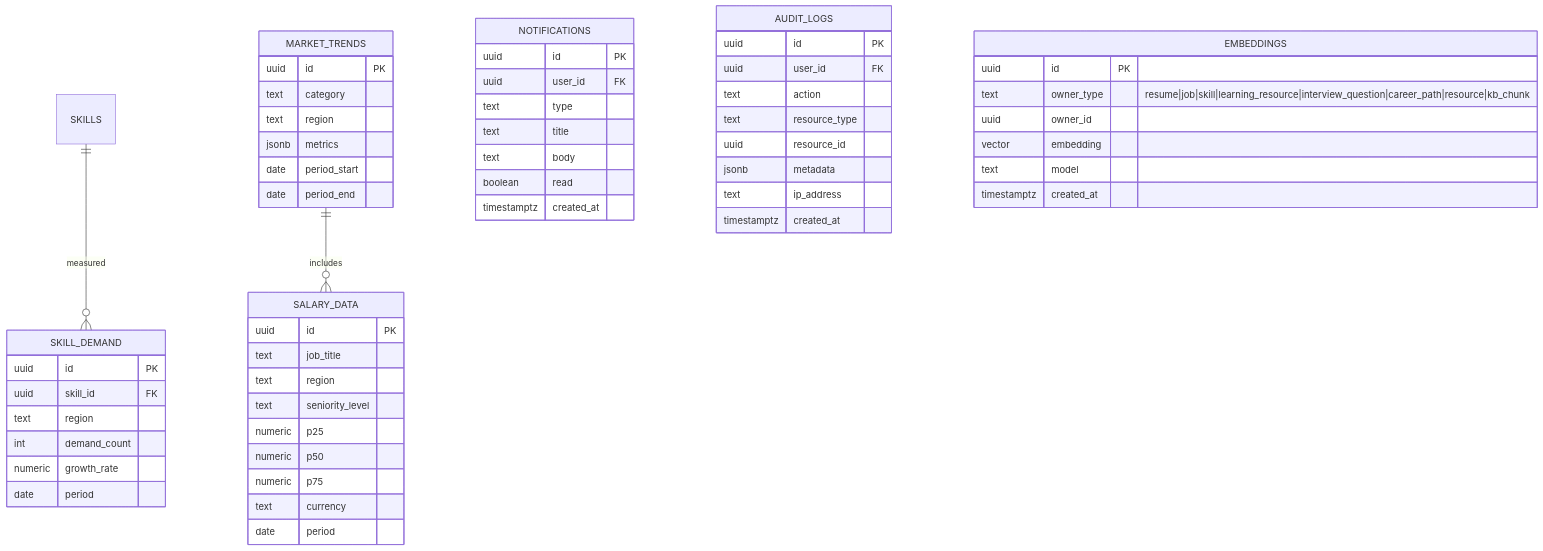
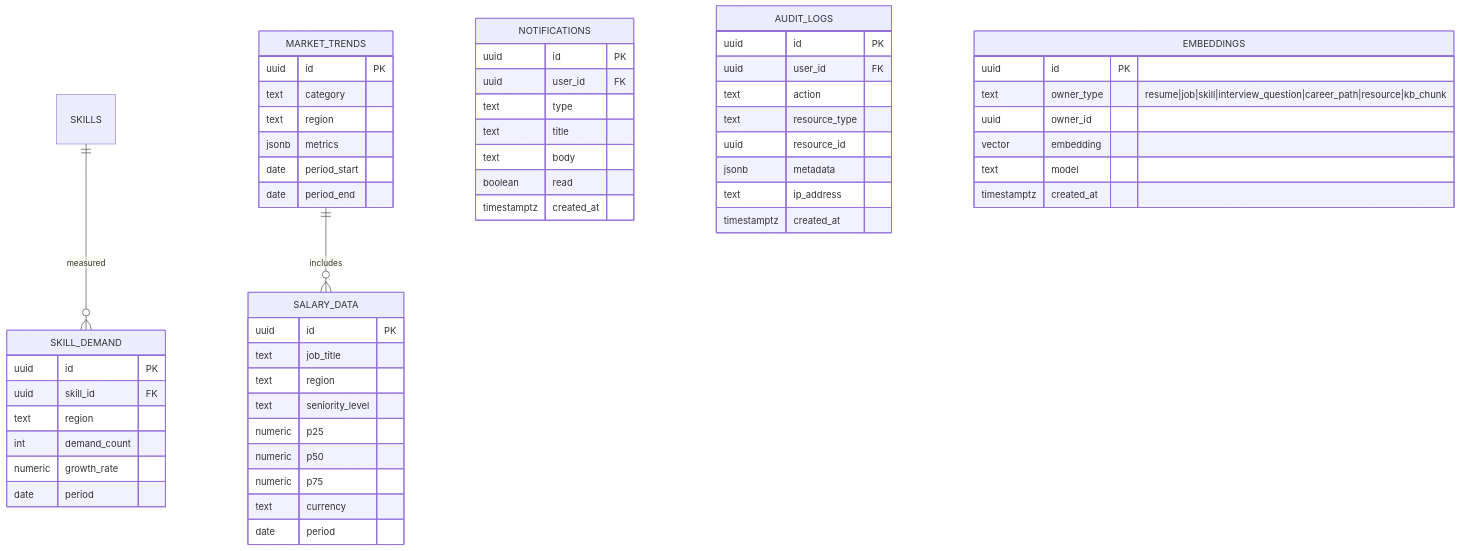
Before and after one commit to ArhamMinhas/CareerAI: the fifth of 7 diagrams in docs/DATABASE.md, drawn with Mermaid. The commit also changed other lines of this file and 50 other files, not shown here.

First line of the commit message:
Add Phase 10 (Learning Roadmap) and Phase 11 (AI Interview)

````diff
--- a/docs/DATABASE.md
+++ b/docs/DATABASE.md
@@ -310,60 +395,60 @@
 ```mermaid
 erDiagram
     SKILLS ||--o{ SKILL_DEMAND : measured
     MARKET_TRENDS ||--o{ SALARY_DATA : includes
 
     MARKET_TRENDS {
         uuid id PK
         text category
         text region
         jsonb metrics
         date period_start
         date period_end
     }
     SKILL_DEMAND {
         uuid id PK
         uuid skill_id FK
         text region
         int demand_count
         numeric growth_rate
         date period
     }
     SALARY_DATA {
         uuid id PK
         text job_title
         text region
         text seniority_level
         numeric p25
         numeric p50
         numeric p75
         text currency
         date period
     }
     NOTIFICATIONS {
         uuid id PK
         uuid user_id FK
         text type
         text title
         text body
         boolean read
         timestamptz created_at
     }
     AUDIT_LOGS {
         uuid id PK
         uuid user_id FK
         text action
         text resource_type
         uuid resource_id
         jsonb metadata
         text ip_address
         timestamptz created_at
     }
     EMBEDDINGS {
         uuid id PK
-        text owner_type "resume|job|skill|learning_resource|interview_question|career_path|resource|kb_chunk"
+        text owner_type "resume|job|skill|interview_question|career_path|resource|kb_chunk"
         uuid owner_id
         vector embedding
         text model
         timestamptz created_at
     }
 ```
````
